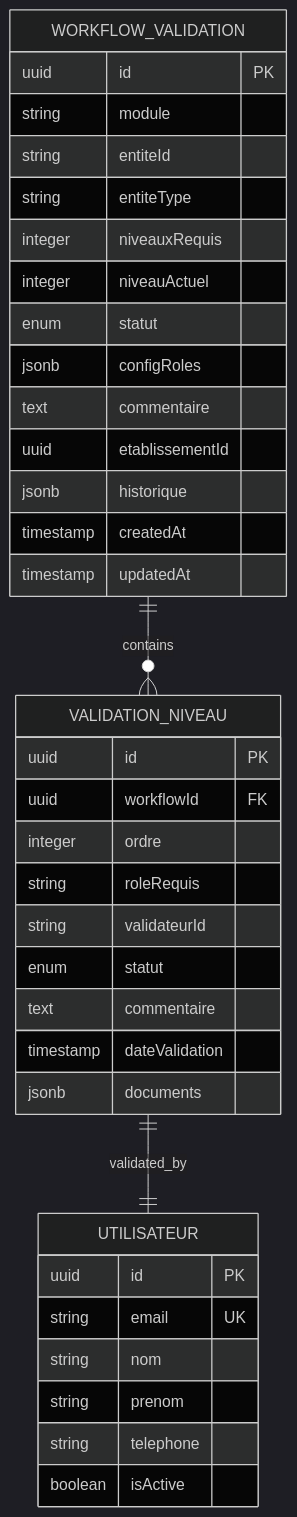
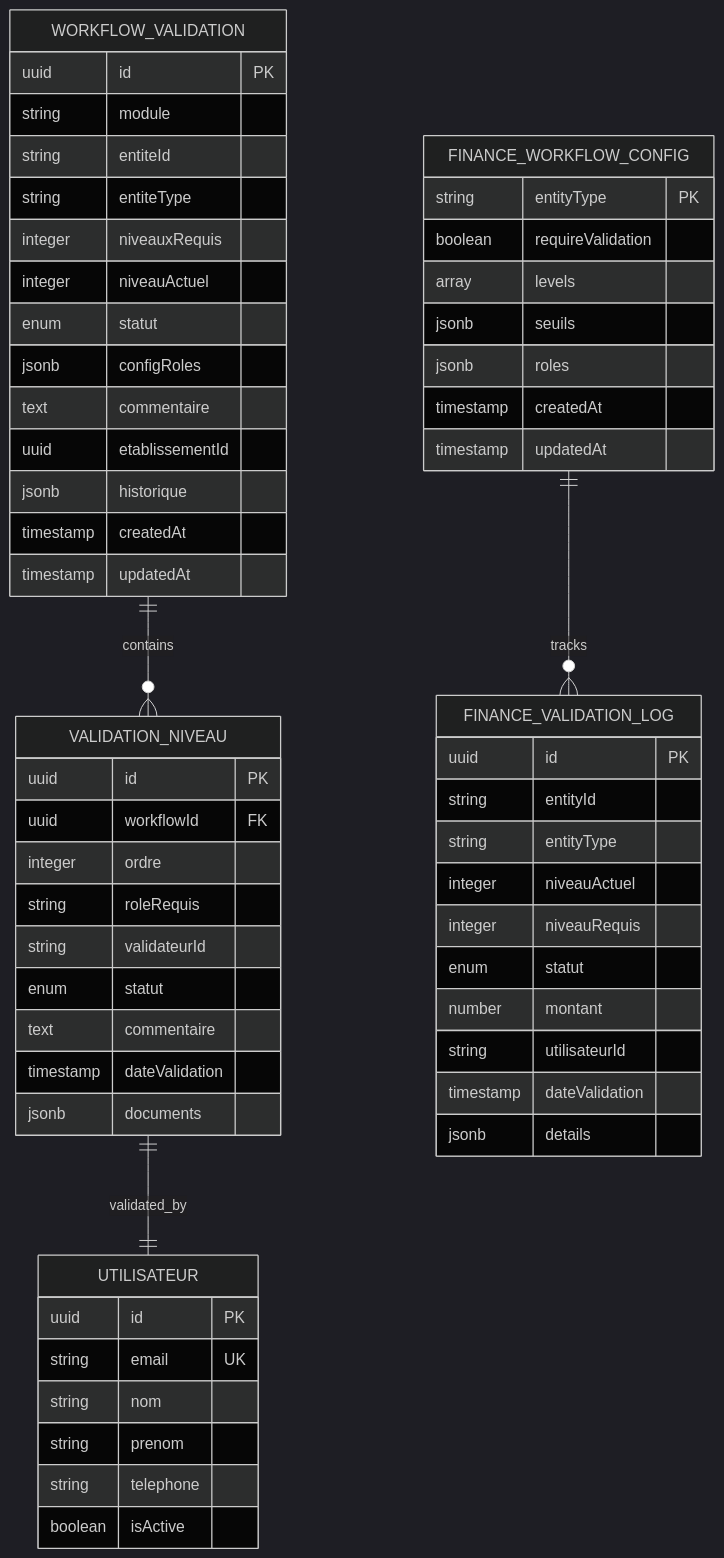
The third of 13 diagrams in .qoder/repowiki/en/content/Modules & Features/Validation Workflow System.md (franckylab/eLISAschool), drawn with Mermaid (dark theme) before and after one commit. The commit also changed other lines of this file and 236 other files, not shown here.

````diff
--- a/.qoder/repowiki/en/content/Modules & Features/Validation Workflow System.md
+++ b/.qoder/repowiki/en/content/Modules & Features/Validation Workflow System.md
@@ -126,39 +169,61 @@
 ```mermaid
 erDiagram
 WORKFLOW_VALIDATION {
 uuid id PK
 string module
 string entiteId
 string entiteType
 integer niveauxRequis
 integer niveauActuel
 enum statut
 jsonb configRoles
 text commentaire
 uuid etablissementId
 jsonb historique
 timestamp createdAt
 timestamp updatedAt
 }
 VALIDATION_NIVEAU {
 uuid id PK
 uuid workflowId FK
 integer ordre
 string roleRequis
 string validateurId
 enum statut
 text commentaire
 timestamp dateValidation
 jsonb documents
 }
+FINANCE_WORKFLOW_CONFIG {
+string entityType PK
+boolean requireValidation
+array levels
+jsonb seuils
+jsonb roles
+timestamp createdAt
+timestamp updatedAt
+}
+FINANCE_VALIDATION_LOG {
+uuid id PK
+string entityId
+string entityType
+integer niveauActuel
+integer niveauRequis
+enum statut
+number montant
+string utilisateurId
+timestamp dateValidation
+jsonb details
+}
 UTILISATEUR {
 uuid id PK
 string email UK
 string nom
 string prenom
 string telephone
 boolean isActive
 }
 WORKFLOW_VALIDATION ||--o{ VALIDATION_NIVEAU : "contains"
 VALIDATION_NIVEAU ||--|| UTILISATEUR : "validated_by"
+FINANCE_WORKFLOW_CONFIG ||--o{ FINANCE_VALIDATION_LOG : "tracks"
 ```
````
